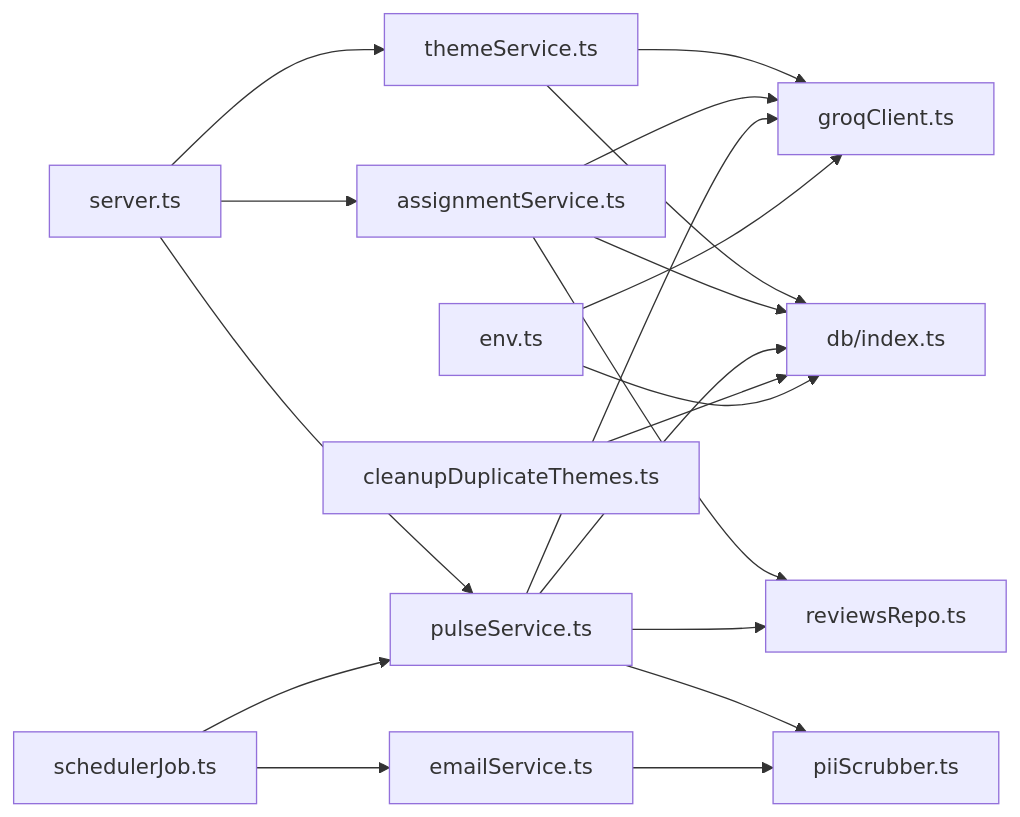
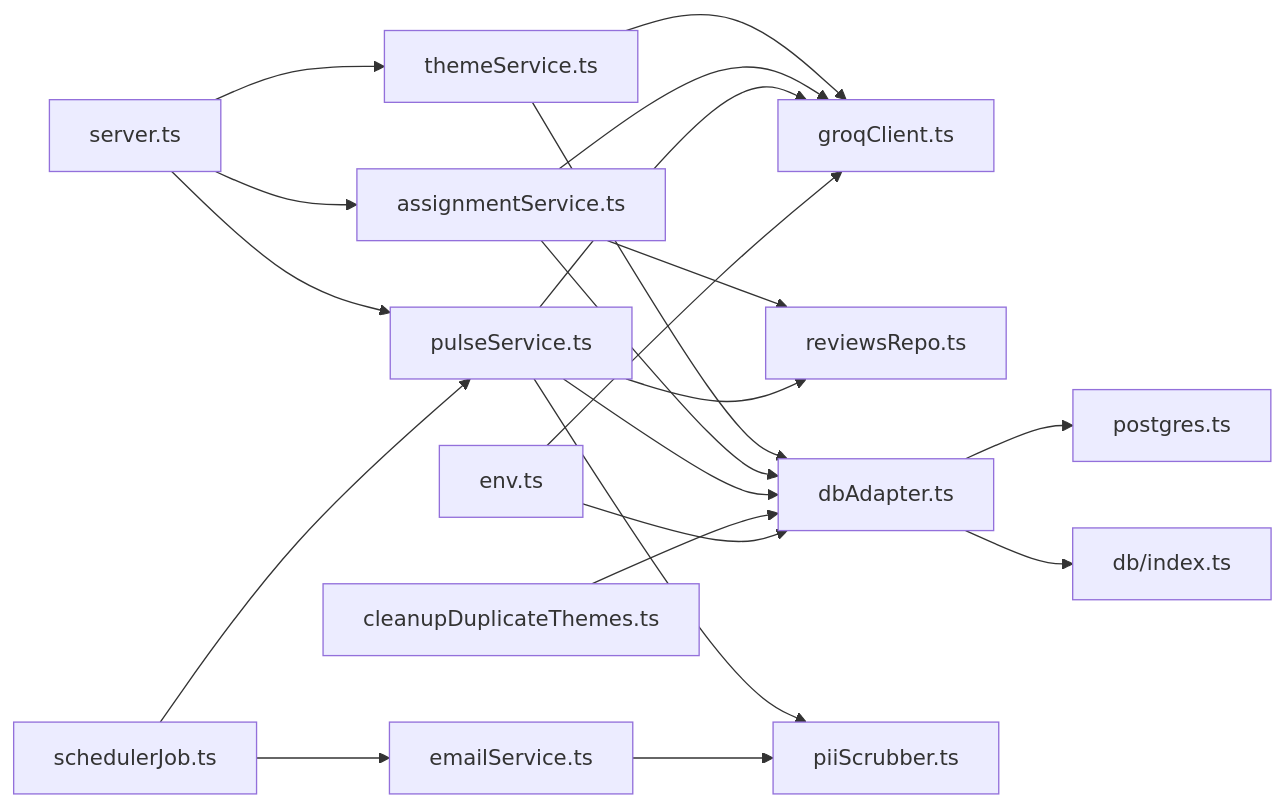
One commit to aravinthraj-ramalingam/Groww-App-Review-Insights-Analyzer- changed the ninth of 9 diagrams in .qoder/repowiki/en/content/Phase 2_ Advanced Analytics & Automation/Theme Generation & Management.md. Above: the diagram before and after it, drawn with Mermaid. The commit also changed other lines of this file and 10 other files, not shown here.

````diff
--- a/.qoder/repowiki/en/content/Phase 2_ Advanced Analytics & Automation/Theme Generation & Management.md
+++ b/.qoder/repowiki/en/content/Phase 2_ Advanced Analytics & Automation/Theme Generation & Management.md
@@ -437,21 +503,23 @@
 ```mermaid
 graph LR
 API["server.ts"] --> TS["themeService.ts"]
 API --> AS["assignmentService.ts"]
 API --> PS["pulseService.ts"]
 TS --> GC["groqClient.ts"]
 AS --> GC
 PS --> GC
 AS --> R["reviewsRepo.ts"]
 PS --> R
-TS --> DB["db/index.ts"]
+TS --> DB["dbAdapter.ts"]
 AS --> DB
 PS --> DB
+DB --> PG["postgres.ts"]
+DB --> SQLITE["db/index.ts"]
 Cleanup["cleanupDuplicateThemes.ts"] --> DB
 Sch["schedulerJob.ts"] --> PS
 Sch --> Mail["emailService.ts"]
 PS --> Scrub["piiScrubber.ts"]
 Mail --> Scrub
 CFG["env.ts"] --> DB
 CFG --> GC
 ```
````
